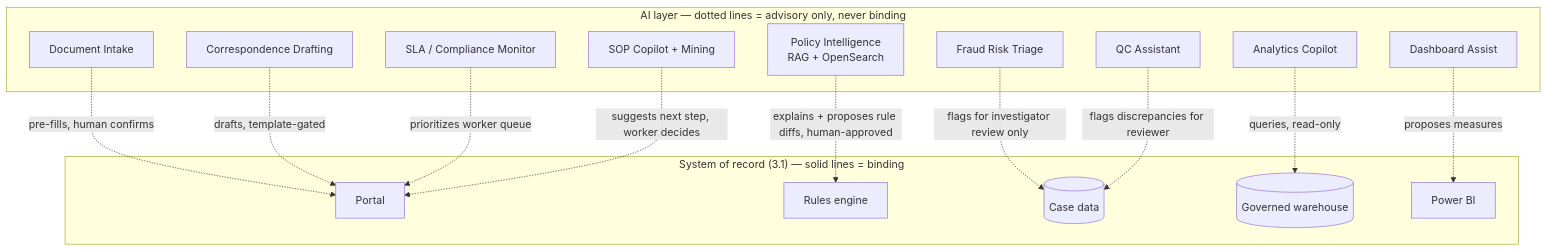
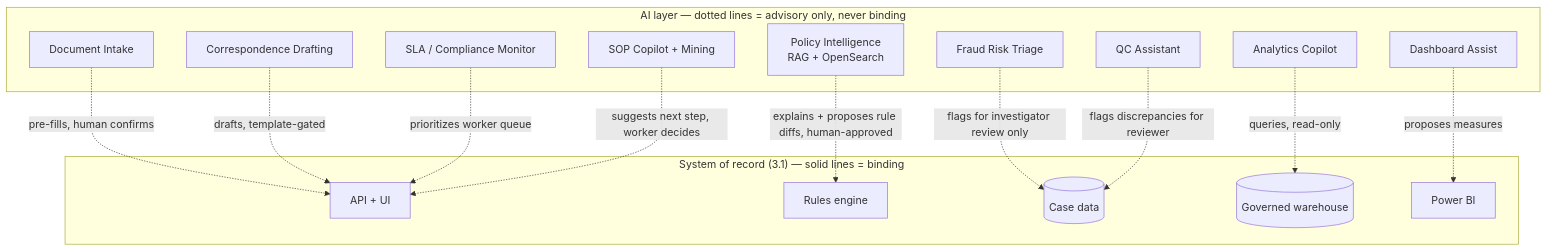
The second of 3 diagrams in docs/design/2026-08-21-full-system-and-phased-roadmap.md (bsreecharanreddy/canopica), drawn with Mermaid before and after one commit. The commit also changed other lines of this file and 368 other files, not shown here.

First line of the commit message:
Rename portal to api/ui across the monorepo

````diff
--- a/docs/design/2026-08-21-full-system-and-phased-roadmap.md
+++ b/docs/design/2026-08-21-full-system-and-phased-roadmap.md
@@ -77,30 +77,30 @@
 ```mermaid
 flowchart TB
     subgraph SOR["System of record (3.1) — solid lines = binding"]
-        PORTAL2[Portal]
+        APP2[API + UI]
         RULES2[Rules engine]
         CASE2[(Case data)]
         DW2[(Governed warehouse)]
         BI2[Power BI]
     end
     subgraph AI["AI layer — dotted lines = advisory only, never binding"]
         PI[Policy Intelligence\nRAG + OpenSearch]
         AC[Analytics Copilot]
         DA[Dashboard Assist]
         DI[Document Intake]
         CORR[Correspondence Drafting]
         FRAUD[Fraud Risk Triage]
         SLA[SLA / Compliance Monitor]
         QC[QC Assistant]
         SOP[SOP Copilot + Mining]
     end
     PI -. explains + proposes rule diffs, human-approved .-> RULES2
     AC -. queries, read-only .-> DW2
     DA -. proposes measures .-> BI2
-    DI -. pre-fills, human confirms .-> PORTAL2
-    CORR -. drafts, template-gated .-> PORTAL2
+    DI -. pre-fills, human confirms .-> APP2
+    CORR -. drafts, template-gated .-> APP2
     FRAUD -. flags for investigator review only .-> CASE2
-    SLA -. prioritizes worker queue .-> PORTAL2
+    SLA -. prioritizes worker queue .-> APP2
     QC -. flags discrepancies for reviewer .-> CASE2
-    SOP -. suggests next step, worker decides .-> PORTAL2
+    SOP -. suggests next step, worker decides .-> APP2
 ```
````
